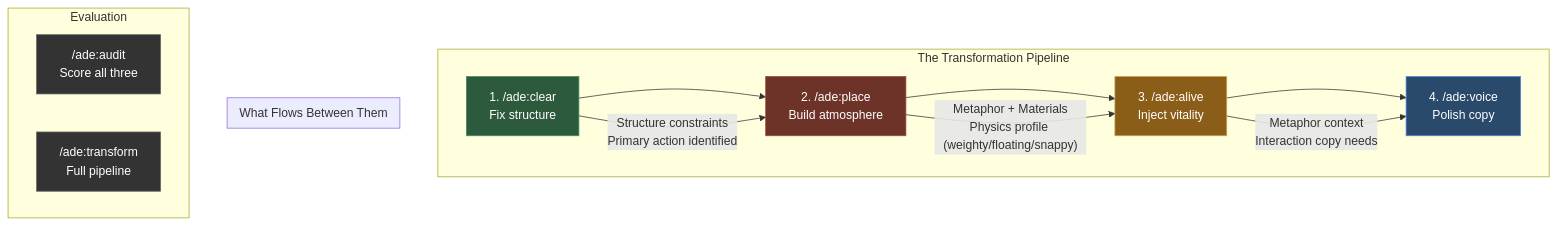
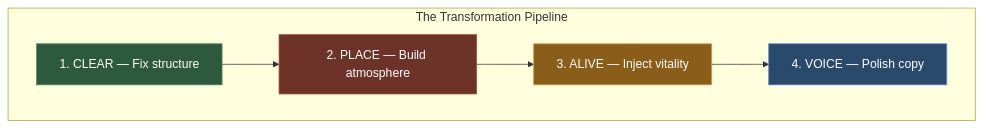
Before and after one commit to akshansh/agentic-design-engineering: the second of 2 diagrams in README.md, drawn with Mermaid. The commit also changed other lines of this file and 24 other files, not shown here.

````diff
--- a/README.md
+++ b/README.md
@@ -123,26 +91,13 @@
 ```mermaid
 graph TD
     subgraph "The Transformation Pipeline"
-        CL["1. /ade:clear<br/>Fix structure"] --> PL["2. /ade:place<br/>Build atmosphere"]
-        PL --> AL["3. /ade:alive<br/>Inject vitality"]
-        AL --> VO["4. /ade:voice<br/>Polish copy"]
-    end
-
-    subgraph "What Flows Between Them"
-        CL -->|"Structure constraints<br/>Primary action identified"| PL
-        PL -->|"Metaphor + Materials<br/>Physics profile (weighty/floating/snappy)"| AL
-        AL -->|"Metaphor context<br/>Interaction copy needs"| VO
-    end
-
-    subgraph "Evaluation"
-        AU["/ade:audit<br/>Score all three"]
-        TR["/ade:transform<br/>Full pipeline"]
+        CL["1. CLEAR — Fix structure"] --> PL["2. PLACE — Build atmosphere"]
+        PL --> AL["3. ALIVE — Inject vitality"]
+        AL --> VO["4. VOICE — Polish copy"]
     end
 
     style CL fill:#2d5a3d,stroke:#4a8c5c,color:#fff
     style PL fill:#6e3328,stroke:#a04d3e,color:#fff
     style AL fill:#8a5d18,stroke:#c9a44a,color:#fff
     style VO fill:#2a4a6b,stroke:#5282ef,color:#fff
-    style AU fill:#333,stroke:#666,color:#fff
-    style TR fill:#333,stroke:#666,color:#fff
 ```
````
